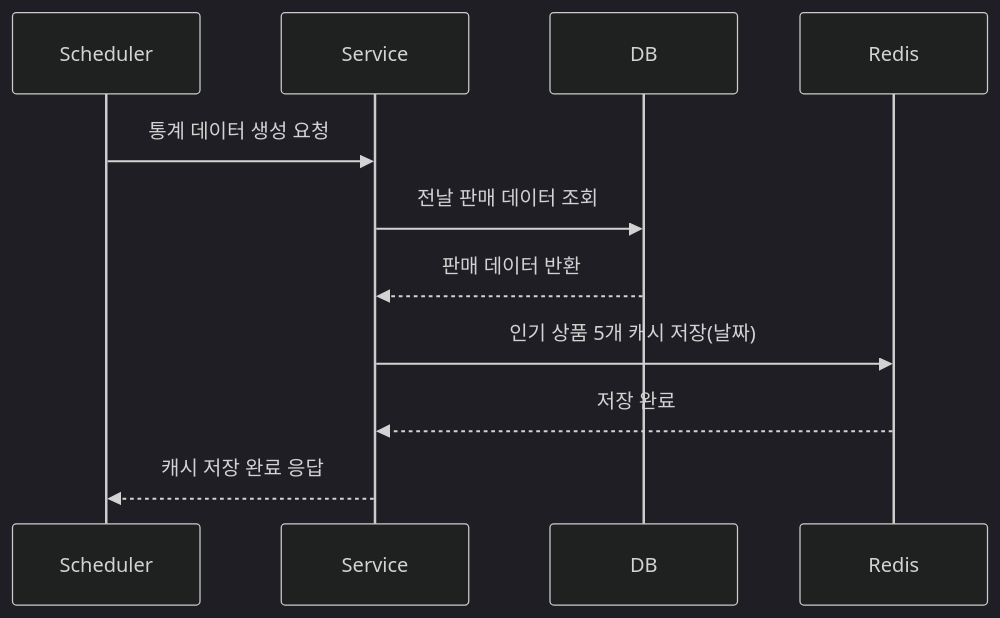
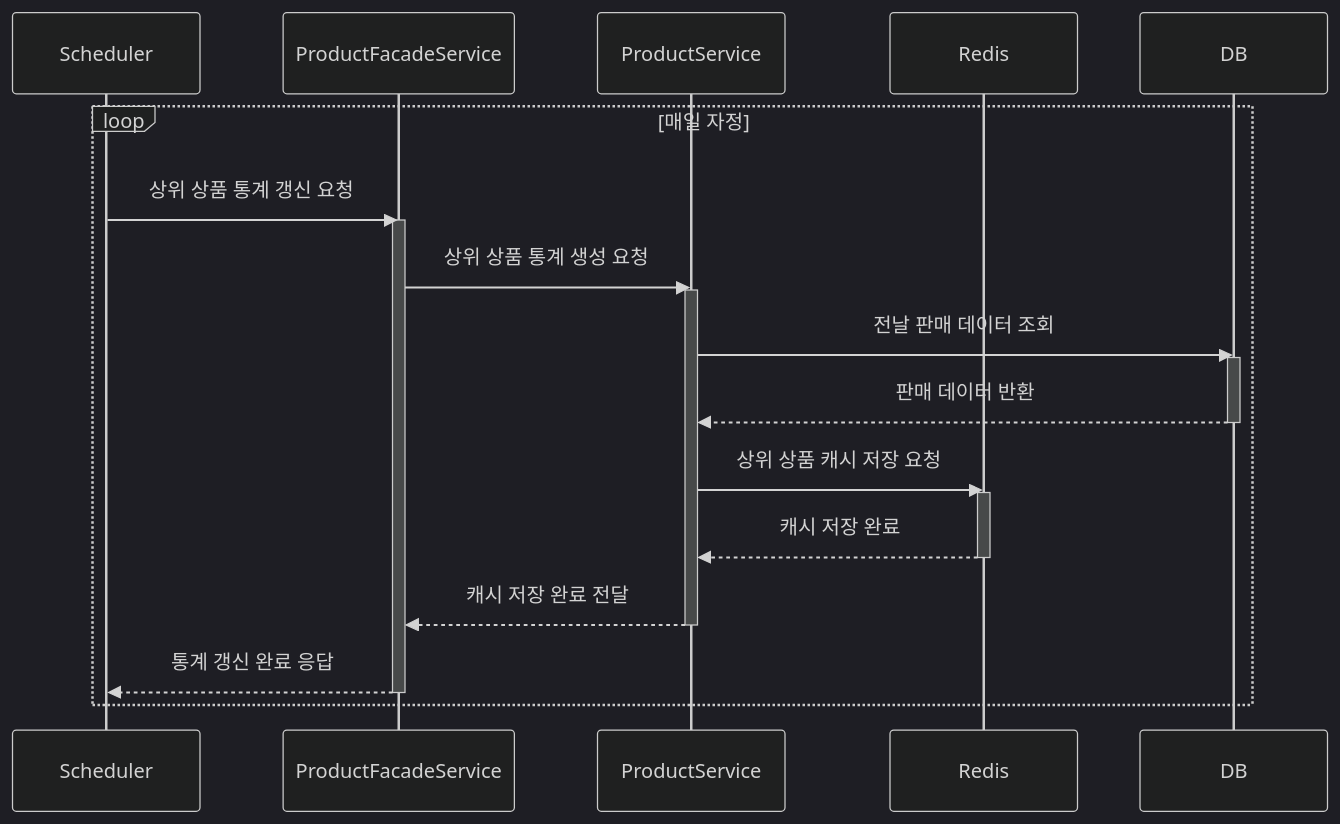
Before and after one commit to maengjjin/hhplus-service: the eighth of 8 diagrams in docs/SequenceDiagram.md, drawn with Mermaid (dark theme). The commit also changed other lines of this file, not shown here.

Commit message:
- 시퀀스 다이어그램 수정 (Actor 추가 및 파사드 패턴 반영) close #4

````diff
--- a/docs/SequenceDiagram.md
+++ b/docs/SequenceDiagram.md
@@ -243,14 +398,33 @@
 ```mermaid
 sequenceDiagram
     participant Scheduler
-    participant Service
+    participant ProductFacadeService
+    participant ProductService
+    participant Redis
     participant DB
-    participant Redis
 
-    Scheduler ->> Service: 통계 데이터 생성 요청
-    Service ->> DB: 전날 판매 데이터 조회
-    DB -->> Service: 판매 데이터 반환
-    Service ->> Redis: 인기 상품 5개 캐시 저장(날짜)
-    Redis -->> Service: 저장 완료
-    Service -->> Scheduler: 캐시 저장 완료 응답
+    loop 매일 자정
+        Scheduler ->> ProductFacadeService: 상위 상품 통계 갱신 요청
+        activate ProductFacadeService
+
+        ProductFacadeService ->> ProductService: 상위 상품 통계 생성 요청
+        activate ProductService
+
+        ProductService ->> DB: 전날 판매 데이터 조회
+        activate DB
+        DB -->> ProductService: 판매 데이터 반환
+        deactivate DB
+
+        ProductService ->> Redis: 상위 상품 캐시 저장 요청
+        activate Redis
+        Redis -->> ProductService: 캐시 저장 완료
+        deactivate Redis
+
+        ProductService -->> ProductFacadeService: 캐시 저장 완료 전달
+        deactivate ProductService
+
+        ProductFacadeService -->> Scheduler: 통계 갱신 완료 응답
+        deactivate ProductFacadeService
+    end    
+    
 ```
````
